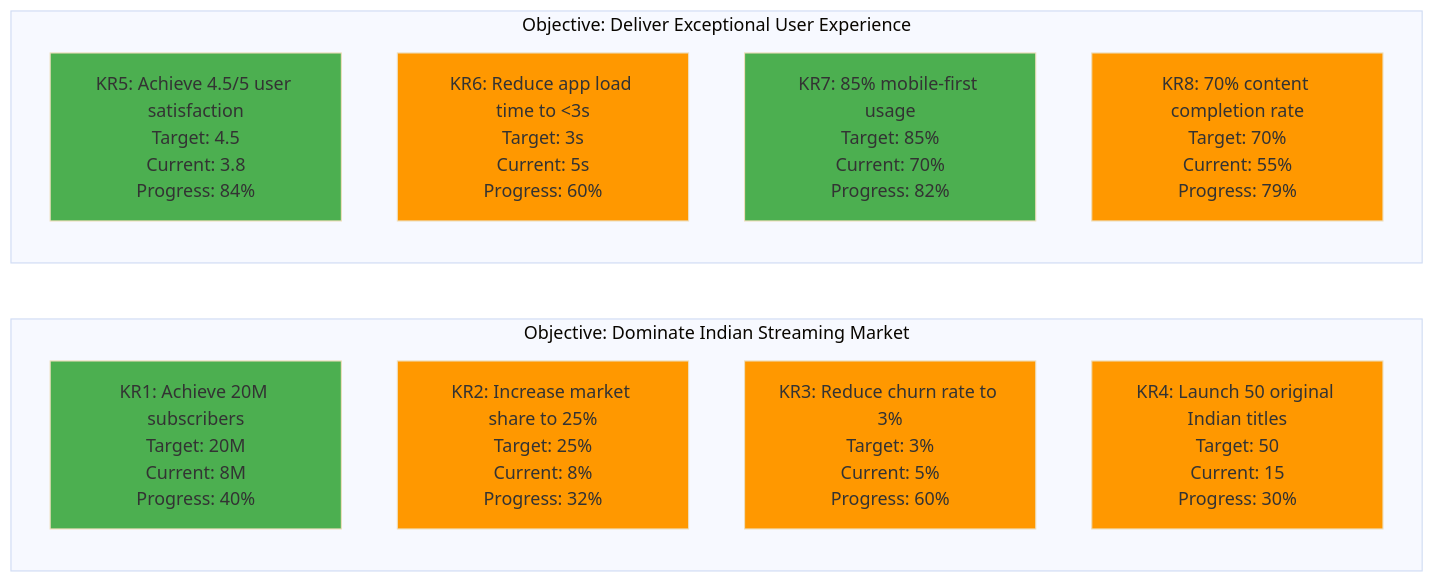
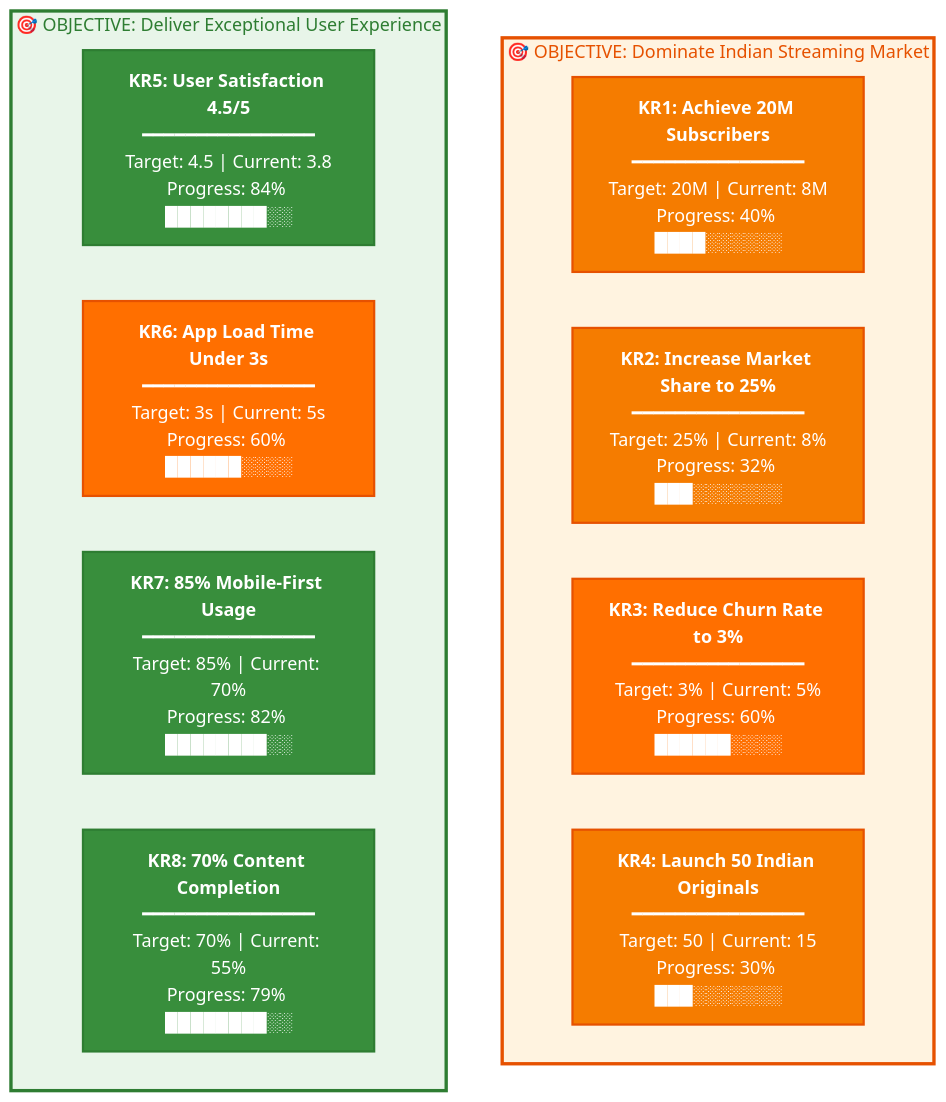
Before and after one commit to VIKAS9793/netflix-india-pm-case-study: the second of 5 diagrams in assets/diagrams/okr-framework-structure.md, drawn with Mermaid (base theme). The commit also changed other lines of this file, not shown here.

````diff
--- a/assets/diagrams/okr-framework-structure.md
+++ b/assets/diagrams/okr-framework-structure.md
@@ -33,25 +177,35 @@
 ```mermaid
-graph LR
-    subgraph "Objective: Dominate Indian Streaming Market"
-        KR1["KR1: Achieve 20M subscribers<br/>Target: 20M<br/>Current: 8M<br/>Progress: 40%"]
-        KR2["KR2: Increase market share to 25%<br/>Target: 25%<br/>Current: 8%<br/>Progress: 32%"]
-        KR3["KR3: Reduce churn rate to 3%<br/>Target: 3%<br/>Current: 5%<br/>Progress: 60%"]
-        KR4["KR4: Launch 50 original Indian titles<br/>Target: 50<br/>Current: 15<br/>Progress: 30%"]
+graph TB
+    subgraph OBJ1["🎯 OBJECTIVE: Dominate Indian Streaming Market"]
+        KR1["<b>KR1: Achieve 20M Subscribers</b><br/>━━━━━━━━━━━━━━━━<br/>Target: 20M | Current: 8M<br/>Progress: 40% ████░░░░░░"]
+        
+        KR2["<b>KR2: Increase Market Share to 25%</b><br/>━━━━━━━━━━━━━━━━<br/>Target: 25% | Current: 8%<br/>Progress: 32% ███░░░░░░░"]
+        
+        KR3["<b>KR3: Reduce Churn Rate to 3%</b><br/>━━━━━━━━━━━━━━━━<br/>Target: 3% | Current: 5%<br/>Progress: 60% ██████░░░░"]
+        
+        KR4["<b>KR4: Launch 50 Indian Originals</b><br/>━━━━━━━━━━━━━━━━<br/>Target: 50 | Current: 15<br/>Progress: 30% ███░░░░░░░"]
     end
     
-    subgraph "Objective: Deliver Exceptional User Experience"
-        KR5["KR5: Achieve 4.5/5 user satisfaction<br/>Target: 4.5<br/>Current: 3.8<br/>Progress: 84%"]
-        KR6["KR6: Reduce app load time to <3s<br/>Target: 3s<br/>Current: 5s<br/>Progress: 60%"]
-        KR7["KR7: 85% mobile-first usage<br/>Target: 85%<br/>Current: 70%<br/>Progress: 82%"]
-        KR8["KR8: 70% content completion rate<br/>Target: 70%<br/>Current: 55%<br/>Progress: 79%"]
+    subgraph OBJ2["🎯 OBJECTIVE: Deliver Exceptional User Experience"]
+        KR5["<b>KR5: User Satisfaction 4.5/5</b><br/>━━━━━━━━━━━━━━━━<br/>Target: 4.5 | Current: 3.8<br/>Progress: 84% ████████░░"]
+        
+        KR6["<b>KR6: App Load Time Under 3s</b><br/>━━━━━━━━━━━━━━━━<br/>Target: 3s | Current: 5s<br/>Progress: 60% ██████░░░░"]
+        
+        KR7["<b>KR7: 85% Mobile-First Usage</b><br/>━━━━━━━━━━━━━━━━<br/>Target: 85% | Current: 70%<br/>Progress: 82% ████████░░"]
+        
+        KR8["<b>KR8: 70% Content Completion</b><br/>━━━━━━━━━━━━━━━━<br/>Target: 70% | Current: 55%<br/>Progress: 79% ████████░░"]
     end
     
-    style KR1 fill:#4caf50
-    style KR2 fill:#ff9800
-    style KR3 fill:#ff9800
-    style KR4 fill:#ff9800
-    style KR5 fill:#4caf50
-    style KR6 fill:#ff9800
-    style KR7 fill:#4caf50
-    style KR8 fill:#ff9800
+    style KR1 fill:#F57C00,stroke:#E65100,stroke-width:2px,color:#FFFFFF
+    style KR2 fill:#F57C00,stroke:#E65100,stroke-width:2px,color:#FFFFFF
+    style KR3 fill:#FF6F00,stroke:#E65100,stroke-width:2px,color:#FFFFFF
+    style KR4 fill:#F57C00,stroke:#E65100,stroke-width:2px,color:#FFFFFF
+    
+    style KR5 fill:#388E3C,stroke:#2E7D32,stroke-width:2px,color:#FFFFFF
+    style KR6 fill:#FF6F00,stroke:#E65100,stroke-width:2px,color:#FFFFFF
+    style KR7 fill:#388E3C,stroke:#2E7D32,stroke-width:2px,color:#FFFFFF
+    style KR8 fill:#388E3C,stroke:#2E7D32,stroke-width:2px,color:#FFFFFF
+    
+    style OBJ1 fill:#FFF3E0,stroke:#E65100,stroke-width:3px,color:#E65100
+    style OBJ2 fill:#E8F5E9,stroke:#2E7D32,stroke-width:3px,color:#2E7D32
 ```
````
